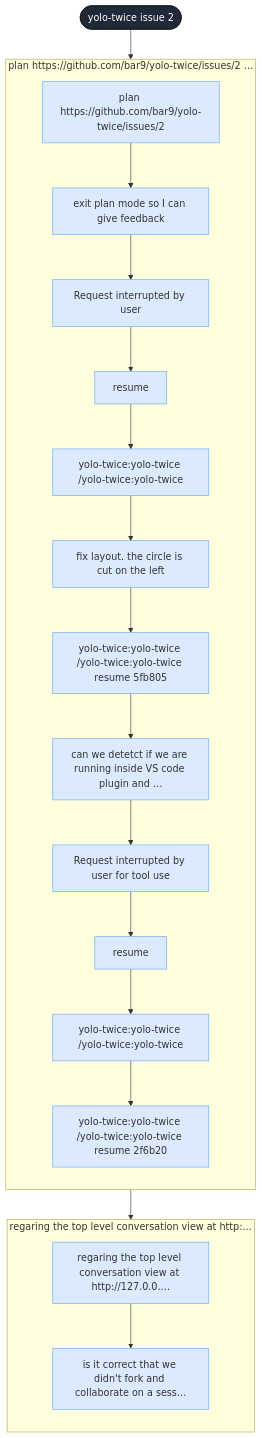
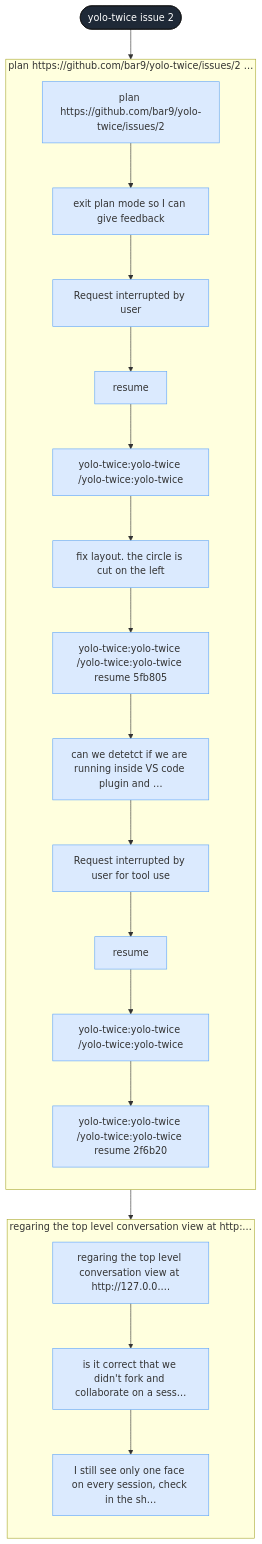
The diagram in .yolo-twice/sessions/d2fd5778-37fb-4e8c-b4ca-fa85731ee42b/graph.mmd (bar9/yolo-twice), drawn with Mermaid before and after one commit. The commit also changed 17 other files, not shown here.

```diff
--- a/.yolo-twice/sessions/d2fd5778-37fb-4e8c-b4ca-fa85731ee42b/graph.mmd
+++ b/.yolo-twice/sessions/d2fd5778-37fb-4e8c-b4ca-fa85731ee42b/graph.mmd
@@ -1,60 +1,63 @@
 flowchart TD
   s_d2fd5778_37fb_4e8c_b4ca_fa85731ee42b(["yolo-twice issue 2"])
   subgraph p1 ["plan https://github.com/bar9/yolo-twice/issues/2 …"]
     direction TD
     t1["plan https://github.com/bar9/yolo-twice/issues/2"]
     t2["exit plan mode so I can give feedback"]
     t3[" Request interrupted by user "]
     t4["resume"]
     t5["yolo-twice:yolo-twice /yolo-twice:yolo-twice"]
     t6["fix layout. the circle is cut on the left"]
     t7["yolo-twice:yolo-twice /yolo-twice:yolo-twice resume 5fb805"]
     t8["can we detetct if we are running inside VS code plugin and …"]
     t9[" Request interrupted by user for tool use "]
     t10["resume"]
     t11["yolo-twice:yolo-twice /yolo-twice:yolo-twice"]
     t12["yolo-twice:yolo-twice /yolo-twice:yolo-twice resume 2f6b20"]
   end
   subgraph p2 ["regaring the top level conversation view at http:…"]
     direction TD
     t13["regaring the top level conversation view at http://127.0.0.…"]
     t14["is it correct that we didn't fork and collaborate on a sess…"]
+    t15["I still see only one face on every session, check in the sh…"]
   end
   s_d2fd5778_37fb_4e8c_b4ca_fa85731ee42b --> t1
   t1 --> t2
   t2 --> t3
   t3 --> t4
   t4 --> t5
   t5 --> t6
   t6 --> t7
   t7 --> t8
   t8 --> t9
   t9 --> t10
   t10 --> t11
   t11 --> t12
   t12 --> t13
   t13 --> t14
+  t14 --> t15
   classDef session fill:#1f2937,color:#fff,stroke:#111;
   classDef phase fill:#e5e7eb,stroke:#9ca3af;
   classDef turn fill:#dbeafe,stroke:#60a5fa;
   classDef branch fill:#fde68a,stroke:#d97706;
   classDef subagent fill:#ede9fe,stroke:#8b5cf6;
   classDef tool fill:#dcfce7,stroke:#22c55e;
   classDef error fill:#fee2e2,stroke:#ef4444;
   classDef text fill:#f3f4f6,stroke:#9ca3af;
   classDef thinking fill:#f3f4f6,stroke:#d1d5db,stroke-dasharray: 3 3;
   class s_d2fd5778_37fb_4e8c_b4ca_fa85731ee42b session;
   class t1 turn;
   class t2 turn;
   class t3 turn;
   class t4 turn;
   class t5 turn;
   class t6 turn;
   class t7 turn;
   class t8 turn;
   class t9 turn;
   class t10 turn;
   class t11 turn;
   class t12 turn;
   class t13 turn;
   class t14 turn;
+  class t15 turn;
```
